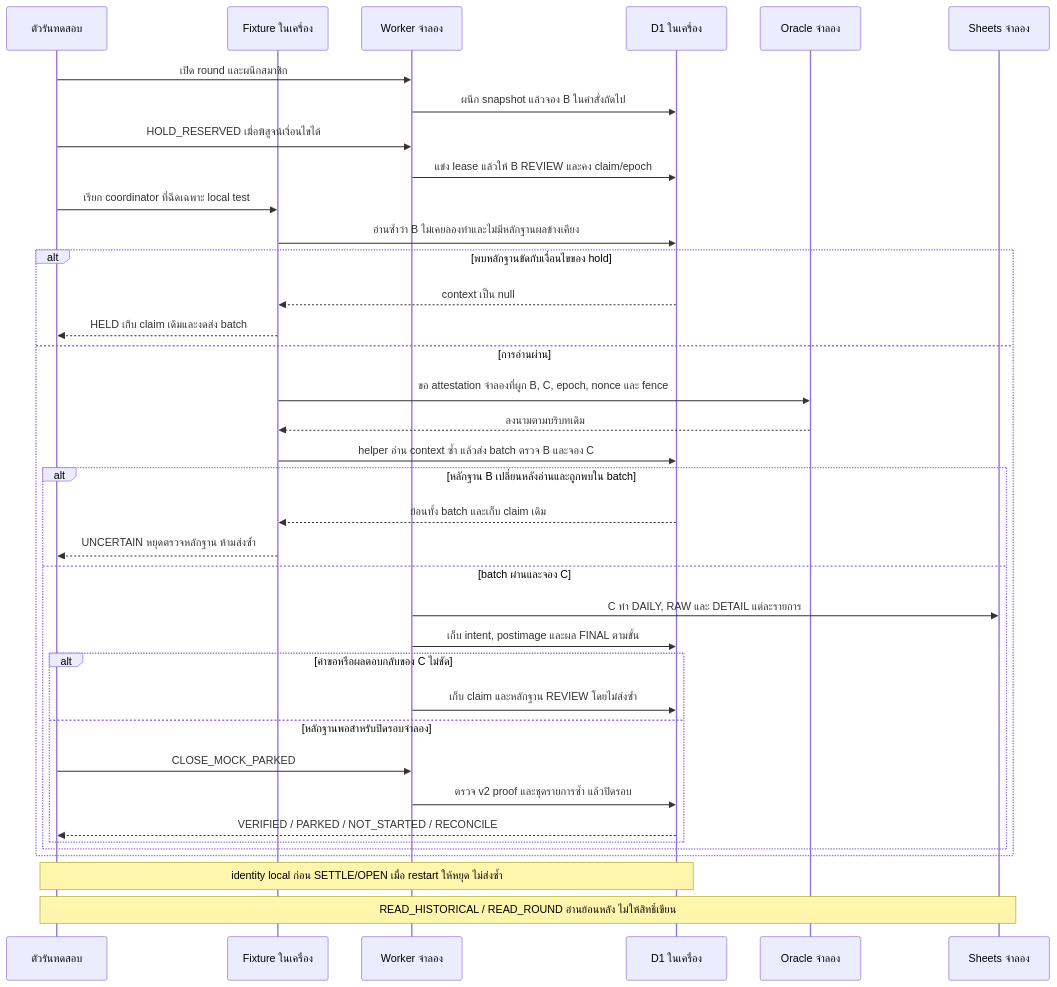
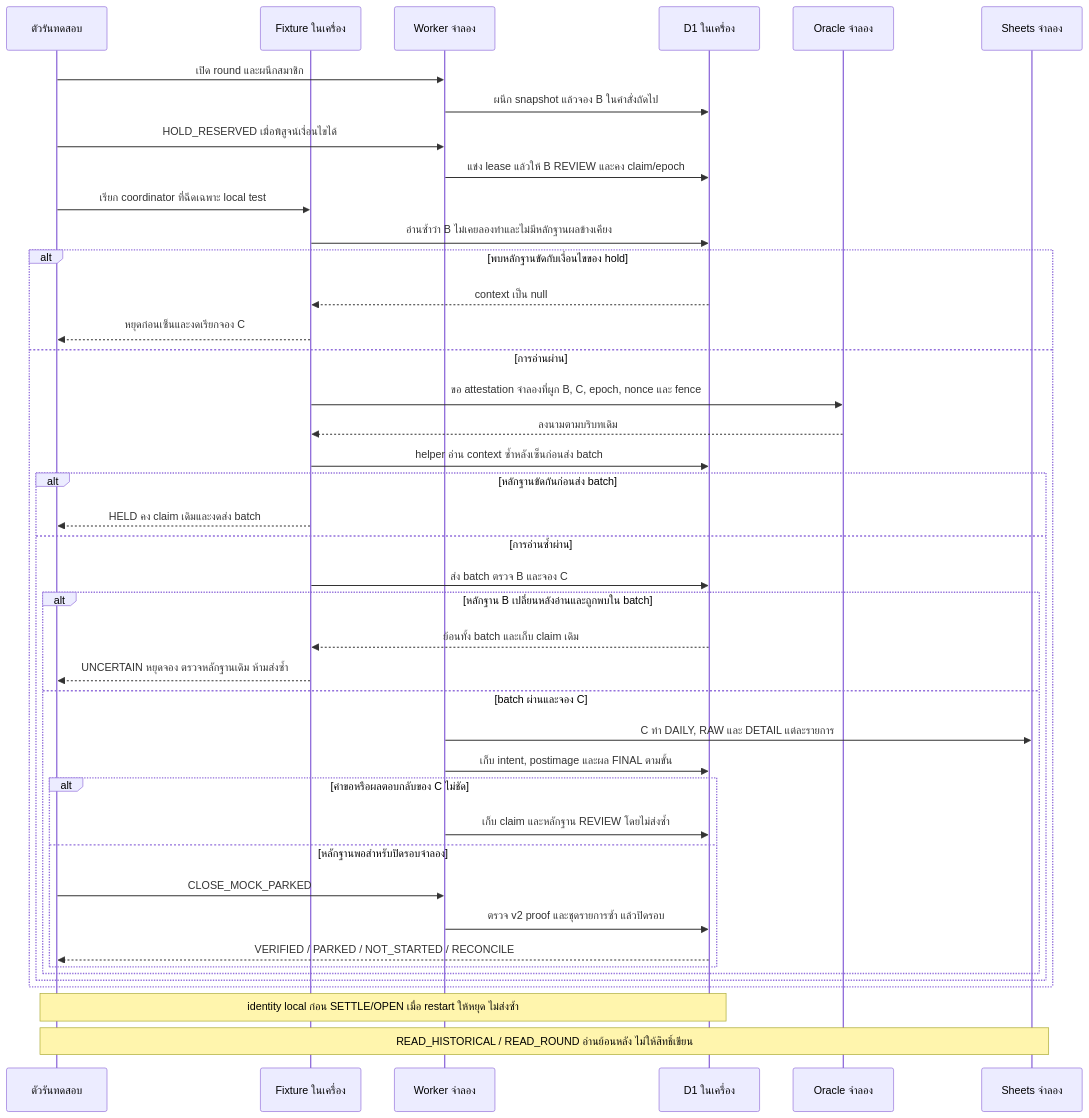
One commit to Eak-dev/malipang-shop changed the fifth of 5 diagrams in docs/system-flow/serial-sequence.md. Above: the diagram before and after it, drawn with Mermaid. The commit also changed other lines of this file and 8 other files, not shown here.

````diff
--- a/docs/system-flow/serial-sequence.md
+++ b/docs/system-flow/serial-sequence.md
@@ -146,39 +146,44 @@
 ```mermaid
 sequenceDiagram
     participant R as ตัวรันทดสอบ
     participant T as Fixture ในเครื่อง
     participant W as Worker จำลอง
     participant D as D1 ในเครื่อง
     participant O as Oracle จำลอง
     participant S as Sheets จำลอง
     R->>W: เปิด round และผนึกสมาชิก
     W->>D: ผนึก snapshot แล้วจอง B ในคำสั่งถัดไป
     R->>W: HOLD_RESERVED เมื่อพิสูจน์เงื่อนไขได้
     W->>D: แข่ง lease แล้วให้ B REVIEW และคง claim/epoch
     R->>T: เรียก coordinator ที่ฉีดเฉพาะ local test
     T->>D: อ่านซ้ำว่า B ไม่เคยลองทำและไม่มีหลักฐานผลข้างเคียง
     alt พบหลักฐานขัดกับเงื่อนไขของ hold
         D-->>T: context เป็น null
-        T-->>R: HELD เก็บ claim เดิมและงดส่ง batch
+        T-->>R: หยุดก่อนเซ็นและงดเรียกจอง C
     else การอ่านผ่าน
         T->>O: ขอ attestation จำลองที่ผูก B, C, epoch, nonce และ fence
         O-->>T: ลงนามตามบริบทเดิม
-        T->>D: helper อ่าน context ซ้ำ แล้วส่ง batch ตรวจ B และจอง C
-        alt หลักฐาน B เปลี่ยนหลังอ่านและถูกพบใน batch
-            D-->>T: ย้อนทั้ง batch และเก็บ claim เดิม
-            T-->>R: UNCERTAIN หยุดตรวจหลักฐาน ห้ามส่งซ้ำ
-        else batch ผ่านและจอง C
-            W->>S: C ทำ DAILY, RAW และ DETAIL แต่ละรายการ
-            W->>D: เก็บ intent, postimage และผล FINAL ตามขั้น
-            alt คำขอหรือผลตอบกลับของ C ไม่ชัด
-                W->>D: เก็บ claim และหลักฐาน REVIEW โดยไม่ส่งซ้ำ
-            else หลักฐานพอสำหรับปิดรอบจำลอง
-                R->>W: CLOSE_MOCK_PARKED
-                W->>D: ตรวจ v2 proof และชุดรายการซ้ำ แล้วปิดรอบ
-                D-->>R: VERIFIED / PARKED / NOT_STARTED / RECONCILE
+        T->>D: helper อ่าน context ซ้ำหลังเซ็นก่อนส่ง batch
+        alt หลักฐานขัดกันก่อนส่ง batch
+            T-->>R: HELD คง claim เดิมและงดส่ง batch
+        else การอ่านซ้ำผ่าน
+            T->>D: ส่ง batch ตรวจ B และจอง C
+            alt หลักฐาน B เปลี่ยนหลังอ่านและถูกพบใน batch
+                D-->>T: ย้อนทั้ง batch และเก็บ claim เดิม
+                T-->>R: UNCERTAIN หยุดจอง ตรวจหลักฐานเดิม ห้ามส่งซ้ำ
+            else batch ผ่านและจอง C
+                W->>S: C ทำ DAILY, RAW และ DETAIL แต่ละรายการ
+                W->>D: เก็บ intent, postimage และผล FINAL ตามขั้น
+                alt คำขอหรือผลตอบกลับของ C ไม่ชัด
+                    W->>D: เก็บ claim และหลักฐาน REVIEW โดยไม่ส่งซ้ำ
+                else หลักฐานพอสำหรับปิดรอบจำลอง
+                    R->>W: CLOSE_MOCK_PARKED
+                    W->>D: ตรวจ v2 proof และชุดรายการซ้ำ แล้วปิดรอบ
+                    D-->>R: VERIFIED / PARKED / NOT_STARTED / RECONCILE
+                end
             end
         end
     end
     Note over R,D: identity local ก่อน SETTLE/OPEN เมื่อ restart ให้หยุด ไม่ส่งซ้ำ
     Note over R,S: READ_HISTORICAL / READ_ROUND อ่านย้อนหลัง ไม่ให้สิทธิ์เขียน
 ```
````
